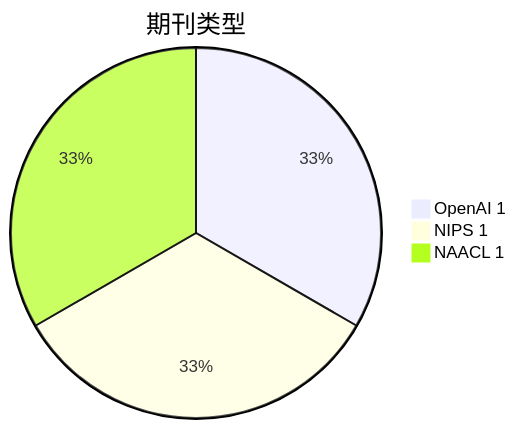
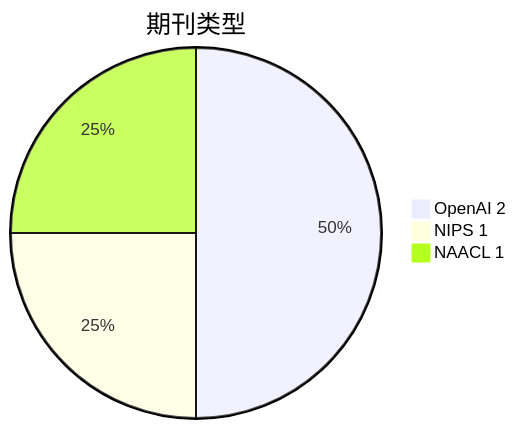
One commit to Elephant-King9/Paper changed the second of 4 diagrams in Base_Model/LLM/analyse.md. Above: the diagram before and after it, drawn with Mermaid. The commit also changed other lines of this file and 4 other files, not shown here.

````diff
--- a/Base_Model/LLM/analyse.md
+++ b/Base_Model/LLM/analyse.md
@@ -26,6 +26,6 @@
 ```mermaid
 pie title 期刊类型
-		"OpenAI 1" : 1
+		"OpenAI 2" : 2
 		"NIPS 1" : 1
 		"NAACL 1" : 1
 ```
````
